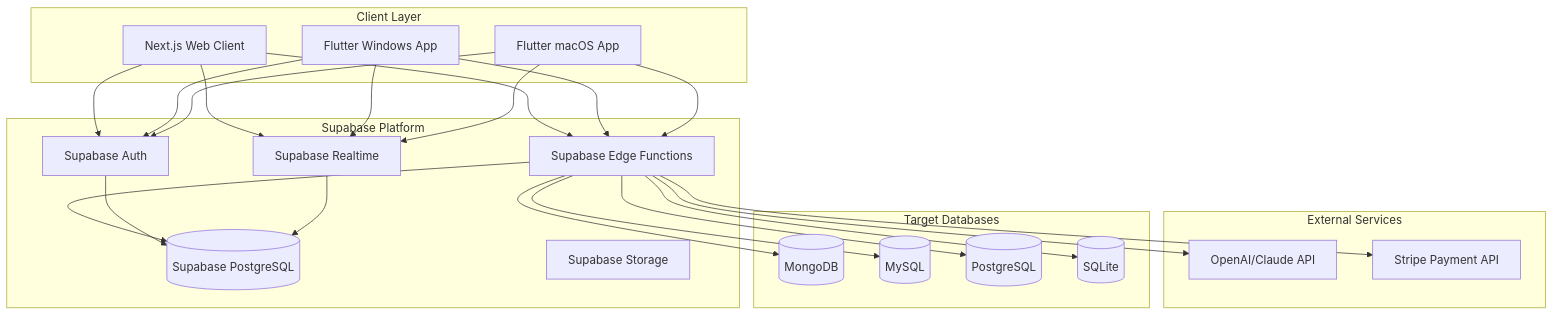
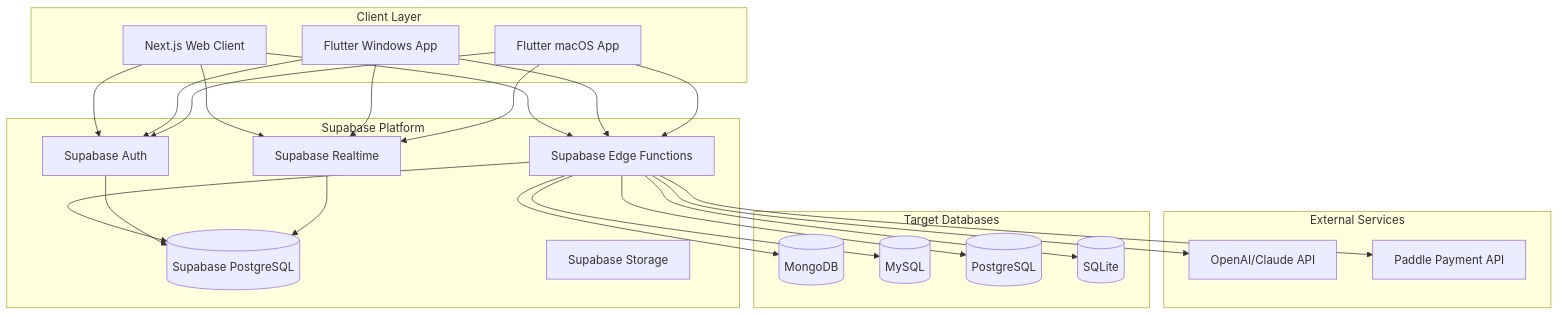
The diagram in .kiro/specs/database-gui-client/design.md (liuxiong332/copilotdb), drawn with Mermaid before and after one commit. The commit also changed other lines of this file and 21 other files, not shown here.

````diff
--- a/.kiro/specs/database-gui-client/design.md
+++ b/.kiro/specs/database-gui-client/design.md
@@ -11,52 +11,52 @@
 ```mermaid
 graph TB
     subgraph "Client Layer"
         WEB[Next.js Web Client]
         WIN[Flutter Windows App]
         MAC[Flutter macOS App]
     end
     
     subgraph "Supabase Platform"
         SUPA_AUTH[Supabase Auth]
         SUPA_DB[(Supabase PostgreSQL)]
         SUPA_STORAGE[Supabase Storage]
         SUPA_REALTIME[Supabase Realtime]
         EDGE_FUNC[Supabase Edge Functions]
     end
     
     subgraph "External Services"
         OPENAI[OpenAI/Claude API]
-        STRIPE[Stripe Payment API]
+        PADDLE[Paddle Payment API]
     end
     
     subgraph "Target Databases"
         MONGO[(MongoDB)]
         MYSQL[(MySQL)]
         POSTGRES[(PostgreSQL)]
         SQLITE[(SQLite)]
     end
     
     WEB --> SUPA_AUTH
     WIN --> SUPA_AUTH
     MAC --> SUPA_AUTH
     
     WEB --> EDGE_FUNC
     WIN --> EDGE_FUNC
     MAC --> EDGE_FUNC
     
     WEB --> SUPA_REALTIME
     WIN --> SUPA_REALTIME
     MAC --> SUPA_REALTIME
     
     EDGE_FUNC --> SUPA_DB
     EDGE_FUNC --> OPENAI
-    EDGE_FUNC --> STRIPE
+    EDGE_FUNC --> PADDLE
     
     EDGE_FUNC --> MONGO
     EDGE_FUNC --> MYSQL
     EDGE_FUNC --> POSTGRES
     EDGE_FUNC --> SQLITE
     
     SUPA_AUTH --> SUPA_DB
     SUPA_REALTIME --> SUPA_DB
 ```
````
